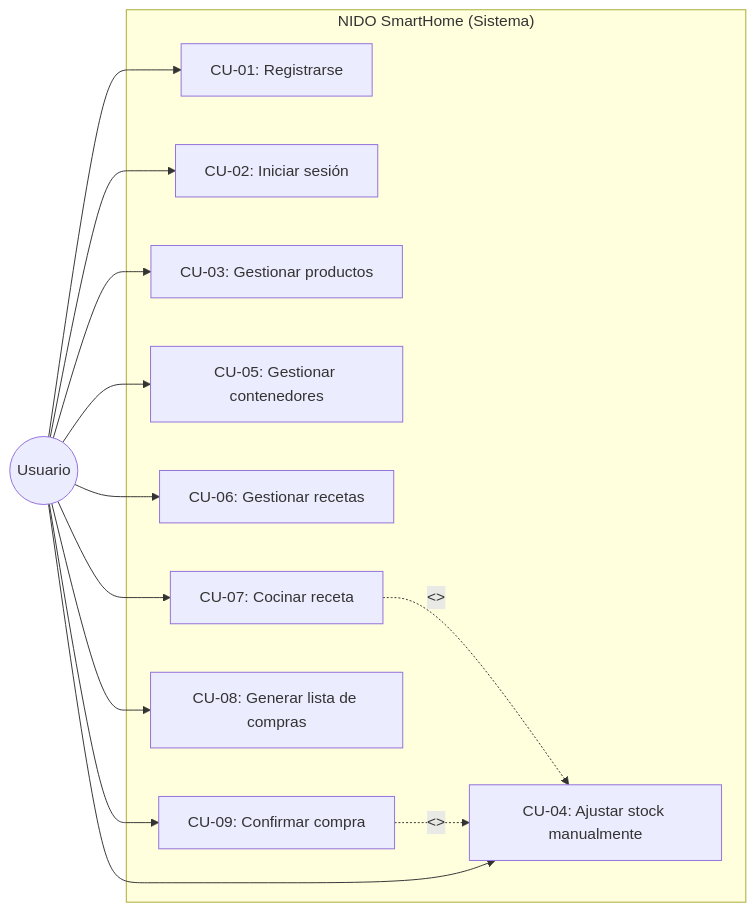
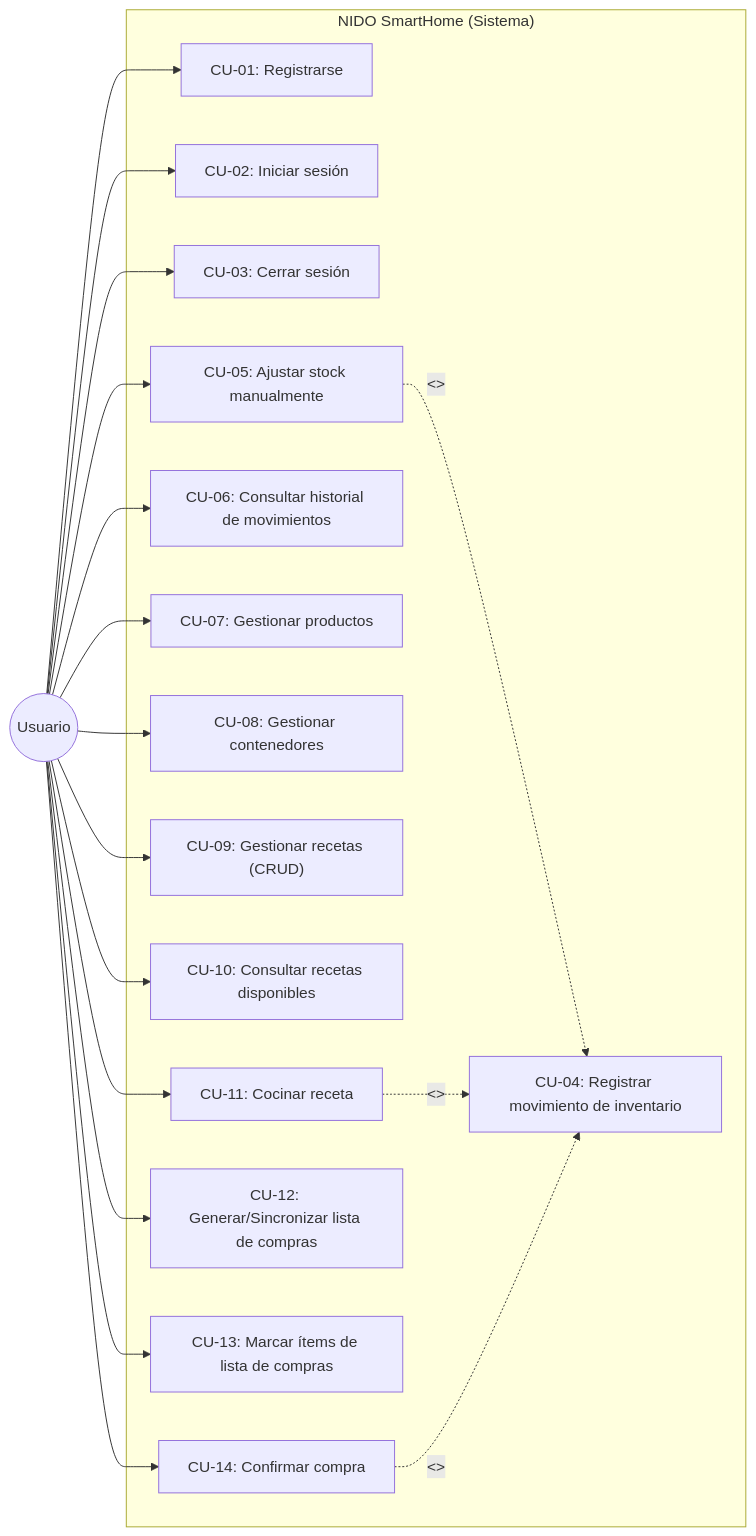
The first of 7 diagrams in docs/modulos.md (AlejandroPedrosa/Nido-SmartHome), drawn with Mermaid before and after one commit. The commit also changed other lines of this file and 4 other files, not shown here.

````diff
--- a/docs/modulos.md
+++ b/docs/modulos.md
@@ -378,29 +381,43 @@
 ```mermaid
 graph LR
     User((Usuario))
 
     subgraph NIDO_SmartHome ["NIDO SmartHome (Sistema)"]
         CU01["CU-01: Registrarse"]
         CU02["CU-02: Iniciar sesión"]
-        CU03["CU-03: Gestionar productos"]
-        CU04["CU-04: Ajustar stock manualmente"]
-        CU05["CU-05: Gestionar contenedores"]
-        CU06["CU-06: Gestionar recetas"]
-        CU07["CU-07: Cocinar receta"]
-        CU08["CU-08: Generar lista de compras"]
-        CU09["CU-09: Confirmar compra"]
+        CU03["CU-03: Cerrar sesión"]
+        
+        CU04["CU-04: Registrar movimiento de inventario"]
+        CU05["CU-05: Ajustar stock manualmente"]
+        CU06["CU-06: Consultar historial de movimientos"]
+        
+        CU07["CU-07: Gestionar productos"]
+        CU08["CU-08: Gestionar contenedores"]
+        
+        CU09["CU-09: Gestionar recetas (CRUD)"]
+        CU10["CU-10: Consultar recetas disponibles"]
+        CU11["CU-11: Cocinar receta"]
+        
+        CU12["CU-12: Generar/Sincronizar lista de compras"]
+        CU13["CU-13: Marcar ítems de lista de compras"]
+        CU14["CU-14: Confirmar compra"]
 
-        CU07 -.->|<<include>>| CU04
-        CU09 -.->|<<include>>| CU04
+        CU05 -.->|<<include>>| CU04
+        CU11 -.->|<<include>>| CU04
+        CU14 -.->|<<include>>| CU04
     end
 
     User --> CU01
     User --> CU02
     User --> CU03
-    User --> CU04
     User --> CU05
     User --> CU06
     User --> CU07
     User --> CU08
     User --> CU09
+    User --> CU10
+    User --> CU11
+    User --> CU12
+    User --> CU13
+    User --> CU14
 ```
````
